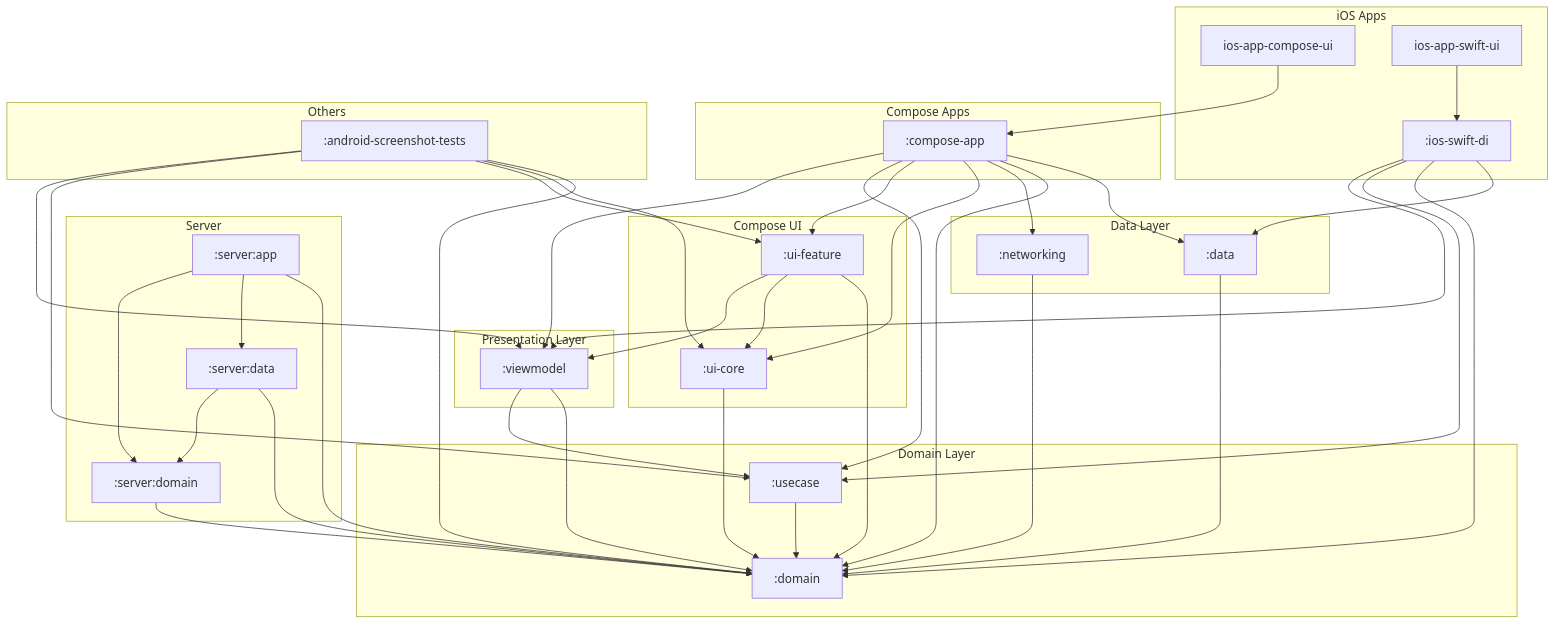
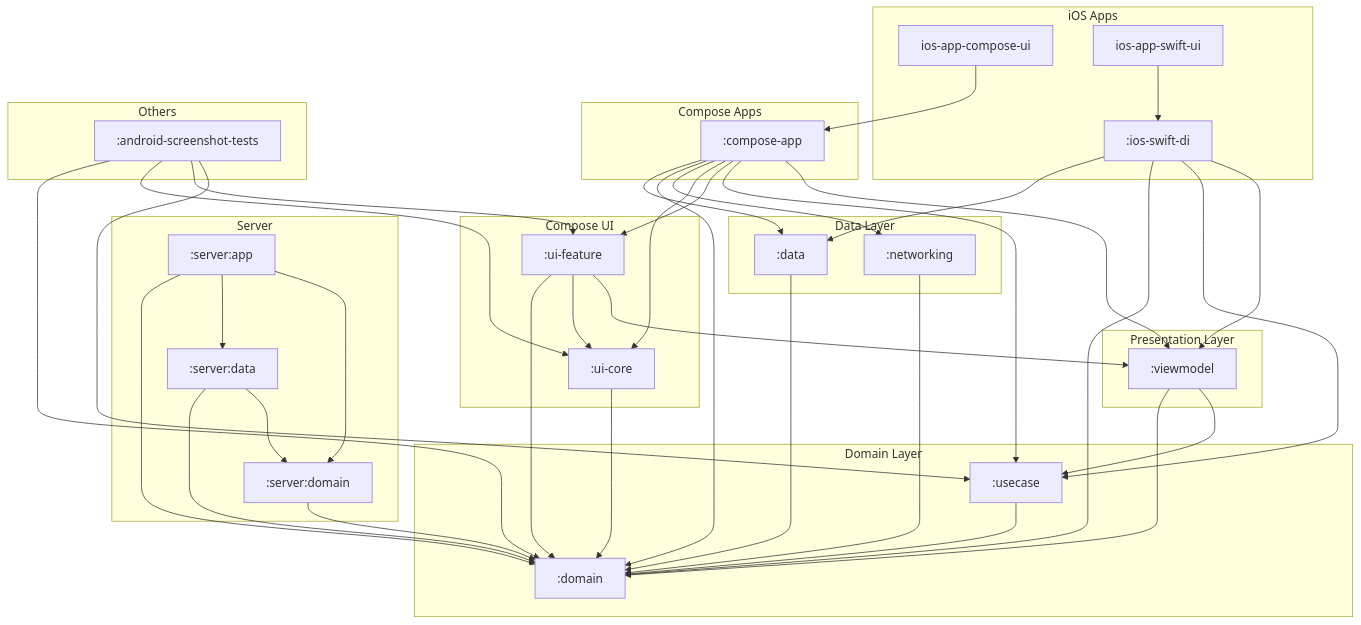
The diagram in docs/diagrams/full_system_structure.mmd (cartland/battery-butler), drawn with Mermaid before and after one commit. The commit also changed 11 other files, not shown here.

First line of the commit message:
Fix android-screenshot-tests compilation and update reference images

```diff
--- a/docs/diagrams/full_system_structure.mmd
+++ b/docs/diagrams/full_system_structure.mmd
@@ -1,87 +1,86 @@
 graph TD
     subgraph "iOS Apps"
         IosSwiftDi[":ios-swift-di"]
         IosAppComposeUi["ios-app-compose-ui"]
         IosAppSwiftUi["ios-app-swift-ui"]
     end
 
     subgraph "Compose Apps"
         ComposeApp[":compose-app"]
     end
 
     subgraph "Server"
         ServerApp[":server:app"]
         ServerData[":server:data"]
         ServerDomain[":server:domain"]
     end
 
     subgraph "Compose UI"
         UiCore[":ui-core"]
         UiFeature[":ui-feature"]
     end
 
     subgraph "Presentation Layer"
         Viewmodel[":viewmodel"]
     end
 
     subgraph "Domain Layer"
         Domain[":domain"]
         Usecase[":usecase"]
     end
 
     subgraph "Data Layer"
         Data[":data"]
         Networking[":networking"]
     end
 
     subgraph "Others"
         AndroidScreenshotTests[":android-screenshot-tests"]
     end
 
     %% Dependencies
     AndroidScreenshotTests --> Domain
     AndroidScreenshotTests --> UiCore
     AndroidScreenshotTests --> UiFeature
     AndroidScreenshotTests --> Usecase
-    AndroidScreenshotTests --> Viewmodel
 
     ComposeApp --> Data
     ComposeApp --> Domain
     ComposeApp --> Networking
     ComposeApp --> UiCore
     ComposeApp --> UiFeature
     ComposeApp --> Usecase
     ComposeApp --> Viewmodel
 
     Data --> Domain
 
     IosSwiftDi --> Data
     IosSwiftDi --> Domain
     IosSwiftDi --> Usecase
     IosSwiftDi --> Viewmodel
 
     Networking --> Domain
 
     ServerApp --> Domain
     ServerApp --> ServerData
     ServerApp --> ServerDomain
 
     ServerData --> Domain
     ServerData --> ServerDomain
 
     ServerDomain --> Domain
 
     UiCore --> Domain
 
     UiFeature --> Domain
     UiFeature --> UiCore
     UiFeature --> Viewmodel
 
     Usecase --> Domain
 
     Viewmodel --> Domain
     Viewmodel --> Usecase
 
     IosAppComposeUi --> ComposeApp
 
     IosAppSwiftUi --> IosSwiftDi
```
